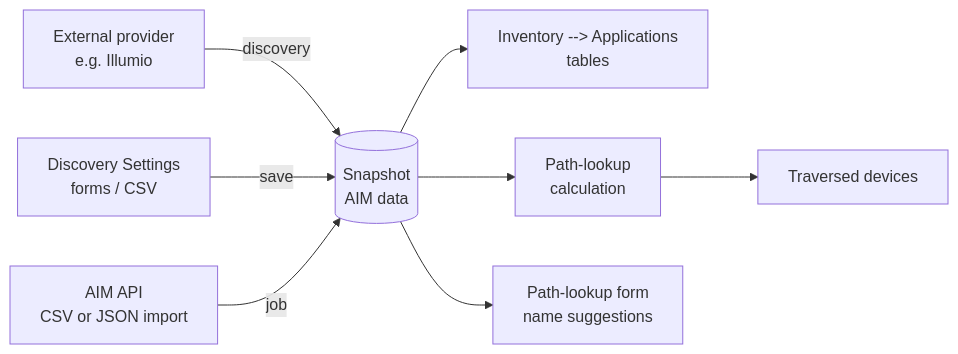
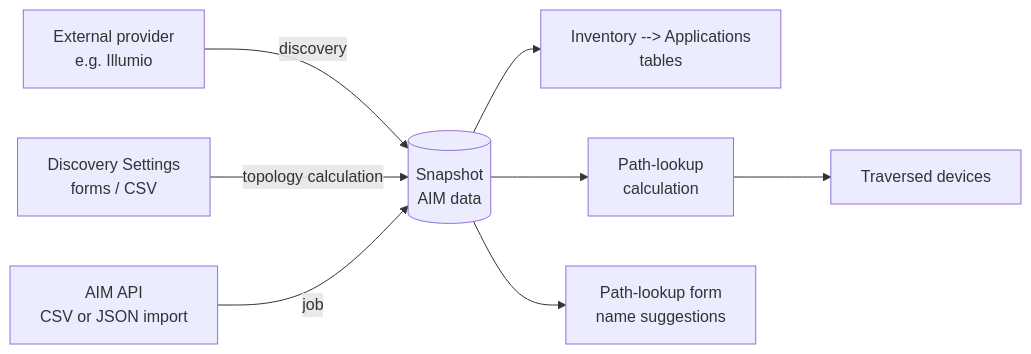
The diagram in docs/overview/application_infrastructure_mapping.md (ipfabric/docs), drawn with Mermaid before and after one commit. The commit also changed other lines of this file and 9 other files, not shown here.

````diff
--- a/docs/overview/application_infrastructure_mapping.md
+++ b/docs/overview/application_infrastructure_mapping.md
@@ -55,10 +55,10 @@
 ```mermaid
 flowchart LR
     P[External provider<br/>e.g. Illumio] -->|discovery| S[(Snapshot<br/>AIM data)]
-    M[Discovery Settings<br/>forms / CSV] -->|save| S
+    M[Discovery Settings<br/>forms / CSV] -->|topology calculation| S
     A[AIM API<br/>CSV or JSON import] -->|job| S
     S --> T[Inventory --> Applications<br/>tables]
     S --> L[Path-lookup<br/>calculation]
     L --> D[Traversed devices]
     S --> H[Path-lookup form<br/>name suggestions]
 ```
````
